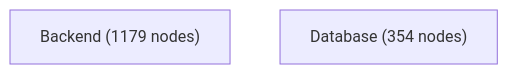
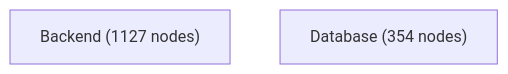
The first of 4 diagrams in docs/architecture-analysis/architecture.report.md (jankneumann/agentic-coding-tools), drawn with Mermaid before and after one commit. The commit also changed other lines of this file and 13 other files, not shown here.

First line of the commit message:
chore(gen-eval): integrate CI, docs, and architecture refresh (extract-gen-eval-package wp-integration)

````diff
--- a/docs/architecture-analysis/architecture.report.md
+++ b/docs/architecture-analysis/architecture.report.md
@@ -469,5 +469,5 @@
 ```mermaid
 flowchart TB
-    Backend["Backend (1179 nodes)"]
+    Backend["Backend (1127 nodes)"]
     Database["Database (354 nodes)"]
 ```
````
